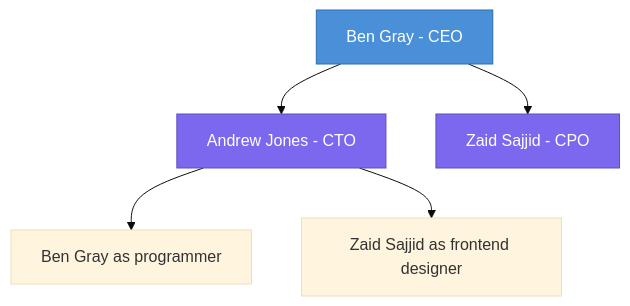
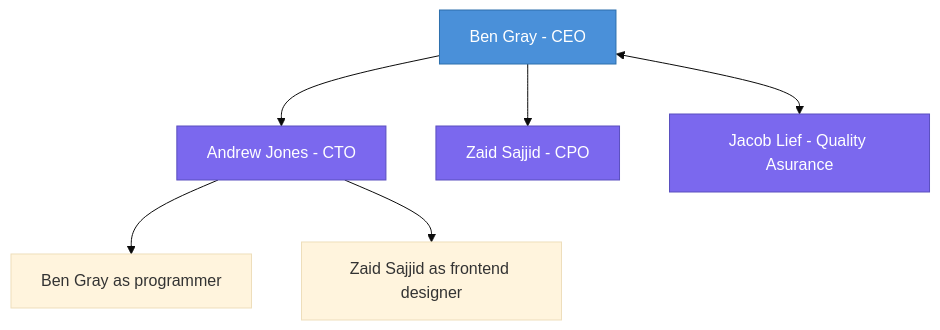
Before and after one commit to BennyWG25/BookingApp: the diagram in Management/Team Leadership.md, drawn with Mermaid (base theme). The commit also changed other lines of this file and 4 other files, not shown here.

````diff
--- a/Management/Team Leadership.md
+++ b/Management/Team Leadership.md
@@ -28,16 +29,18 @@
 ```mermaid
 flowchart TD
     CEO["Ben Gray - CEO"]
     CEO --> CTO["Andrew Jones - CTO"]
     CEO --> CPO["Zaid Sajjid - CPO"]
+    CEO <--> QA["Jacob Lief - Quality Asurance"]
     
     CTO --> p1["Ben Gray as programmer"]
     CTO --> p2["Zaid Sajjid as frontend designer"]
     
     
     style CEO fill:#4A90D9,color:#fff,stroke:#2C6FAC
     style CTO fill:#7B68EE,color:#fff,stroke:#5A4FBF
     style CPO fill:#7B68EE,color:#fff,stroke:#5A4FBF
+    style QA fill:#7B68EE,color:#fff,stroke:#5A4FBF
 
 
 ```
````
